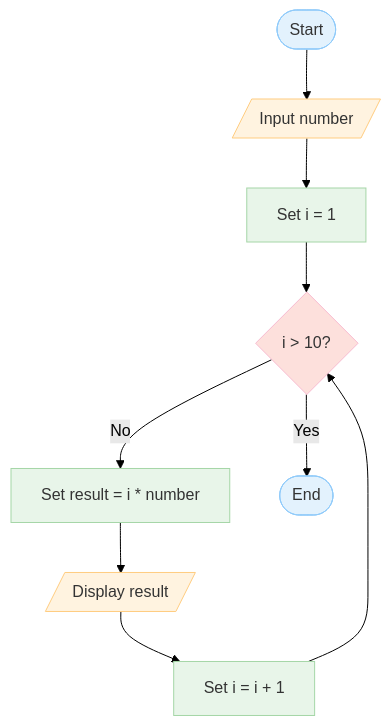
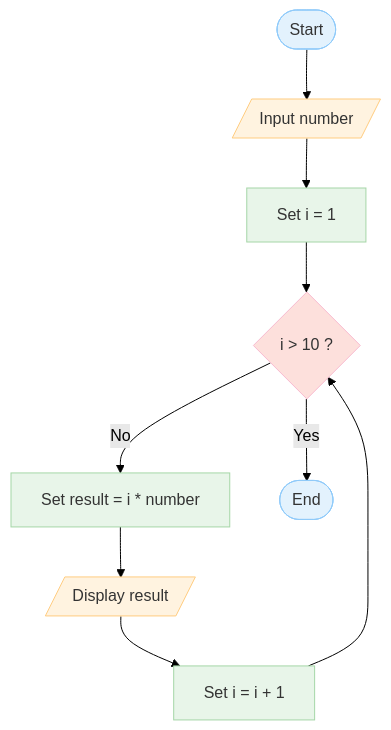
Before and after one commit to joelBIT/workshop-pseudocode-flowcharts: the eighth of 9 diagrams in README.md, drawn with Mermaid (forest theme). The commit also changed other lines of this file, not shown here.

First line of the commit message:
Created flowchart and pseudocode for workshop exercise 4

````diff
--- a/README.md
+++ b/README.md
@@ -299,16 +299,16 @@
 ```mermaid
 flowchart TD
     A([Start]):::term --> B[/Input number/]:::io
     B --> C[Set i = 1]:::proc
-    C --> D{i > 10?}:::dec
+    C --> D{i > 10 ?}:::dec
     D -- No --> E[Set result = i * number]:::proc
     D -- Yes --> I([End]):::term
     E --> F[/Display result/]:::io
     F --> G[Set i = i + 1]:::proc
     G --> D
 
 classDef term fill:#e3f2fd,stroke:#90caf9,color:#333,stroke-width:1px;
 classDef io fill:#fff3e0,stroke:#ffcc80,color:#333,stroke-width:1px;
 classDef dec fill:#fde0dc,stroke:#f8bbd0,color:#333,stroke-width:1px;
 classDef proc fill:#e8f5e9,stroke:#a5d6a7,color:#333,stroke-width:1px;
 ```
````
